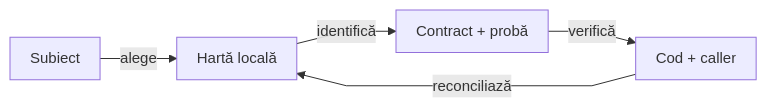
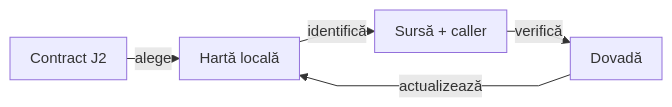
One commit to crististefanita/atf_j2 changed the diagram in docs/ATF_Context_Atlas.md. Above: the diagram before and after it, drawn with Mermaid. The commit also changed other lines of this file and 360 other files, not shown here.

````diff
--- a/docs/ATF_Context_Atlas.md
+++ b/docs/ATF_Context_Atlas.md
@@ -39,8 +38,8 @@
 ```mermaid
-%%{init: {"themeVariables":{"fontSize":"15px"},"themeCSS":".nodeLabel, .nodeLabel p { font-size: 15px !important; line-height: 1.35 !important; } .edgeLabel, .edgeLabel p { font-size: 12px !important; font-weight: 400 !important; line-height: 1.2 !important; } .edgeLabel .labelBkg, .edgeLabel p { background: transparent !important; } .edgeLabel foreignObject { transform: translateY(-18px); overflow: visible; } .node rect { rx: 6px; ry: 6px; }","flowchart":{"curve":"linear","nodeSpacing":24,"rankSpacing":40,"padding":10,"diagramPadding":16}}}%%
+%%{init: {"themeVariables":{"fontSize":"15px"},"themeCSS":".nodeLabel, .nodeLabel p { font-size: 15px !important; line-height: 1.35 !important; } .edgeLabel, .edgeLabel p { font-size: 12px !important; font-weight: 400 !important; line-height: 1.2 !important; } .edgeLabel .labelBkg, .edgeLabel p { background: transparent !important; } .edgeLabel foreignObject { transform: translateY(-18px); overflow: visible; } .node rect { rx: 6px; ry: 6px; }","flowchart":{"curve":"linear","nodeSpacing":24,"rankSpacing":16,"padding":10,"diagramPadding":16}}}%%
 flowchart LR
-    Intent["Subiect"] -->|alege| Map["Hartă locală"]
-    Map -->|identifică| Contract["Contract + probă"]
-    Contract -->|verifică| Code["Cod + caller"]
-    Code -->|reconciliază| Map
+    Intent["Contract J2"] -->|alege| Map["Hartă locală"]
+    Map -->|identifică| Code["Sursă + caller"]
+    Code -->|verifică| Proof["Dovadă"]
+    Proof -->|actualizează| Map
 ```
````
